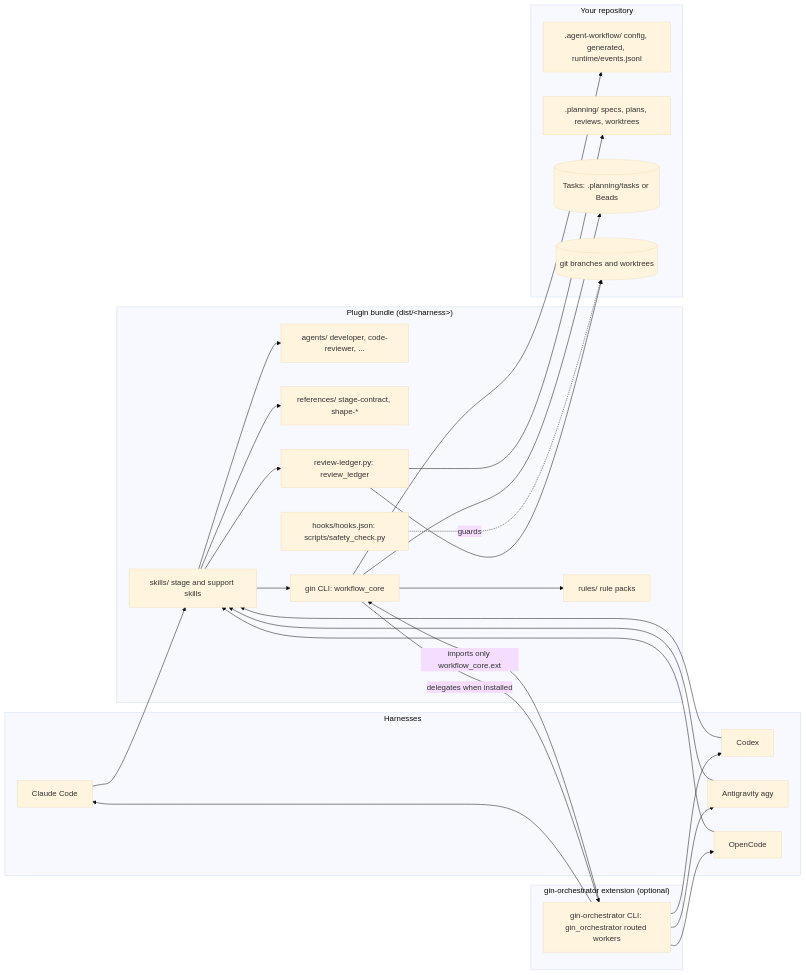
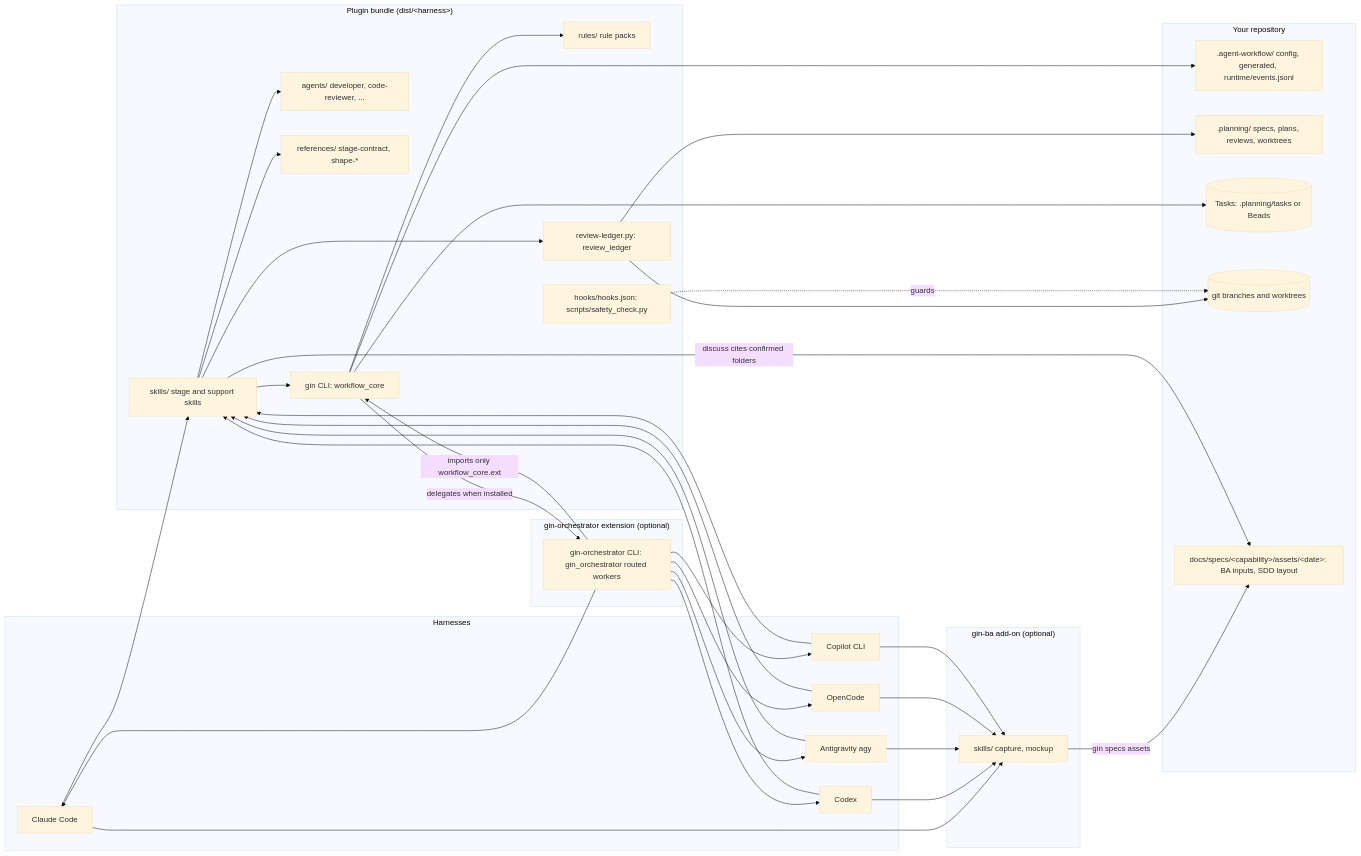
One commit to giangdhwhtbr/gin-workflow changed the first of 6 diagrams in docs/concepts/architecture.md. Above: the diagram before and after it, drawn with Mermaid (base theme). The commit also changed other lines of this file and 6 other files, not shown here.

````diff
--- a/docs/concepts/architecture.md
+++ b/docs/concepts/architecture.md
@@ -7,41 +7,49 @@
 ```mermaid
 flowchart LR
     subgraph Harnesses
         CC[Claude Code]
         CX[Codex]
         AG[Antigravity agy]
         OC[OpenCode]
+        CP[Copilot CLI]
     end
     subgraph Bundle["Plugin bundle (dist/&lt;harness&gt;)"]
         SK[skills/ stage and support skills]
         AGT[agents/ developer, code-reviewer, ...]
         REF[references/ stage-contract, shape-*]
         RUL[rules/ rule packs]
         HK[hooks/hooks.json: scripts/safety_check.py]
         CLI[gin CLI: workflow_core]
         RL[review-ledger.py: review_ledger]
     end
     subgraph EXT["gin-orchestrator extension (optional)"]
         ORC[gin-orchestrator CLI: gin_orchestrator routed workers]
     end
+    subgraph ADD["gin-ba add-on (optional)"]
+        BA[skills/ capture, mockup]
+    end
     subgraph Repo["Your repository"]
         CFG[.agent-workflow/ config, generated, runtime/events.jsonl]
         PLN[.planning/ specs, plans, reviews, worktrees]
         TK[(Tasks: .planning/tasks or Beads)]
         GIT[(git branches and worktrees)]
+        AST[docs/specs/&lt;capability&gt;/assets/&lt;date&gt;: BA inputs, SDD layout]
     end
-    CC & CX & AG & OC --> SK
+    CC & CX & AG & OC & CP --> SK
+    CC & CX & AG & OC & CP --> BA
+    BA -->|gin specs assets| AST
+    SK -->|discuss cites confirmed folders| AST
     SK --> AGT
     SK --> REF
     SK --> CLI
     SK --> RL
     CLI --> RUL
     CLI --> CFG
     CLI --> TK
     RL --> PLN
     RL --> GIT
     CLI -->|delegates when installed| ORC
     ORC -->|imports only workflow_core.ext| CLI
-    ORC --> CC & CX & AG & OC
+    ORC --> CC & CX & AG & OC & CP
     HK -.guards.-> GIT
 ```
````
